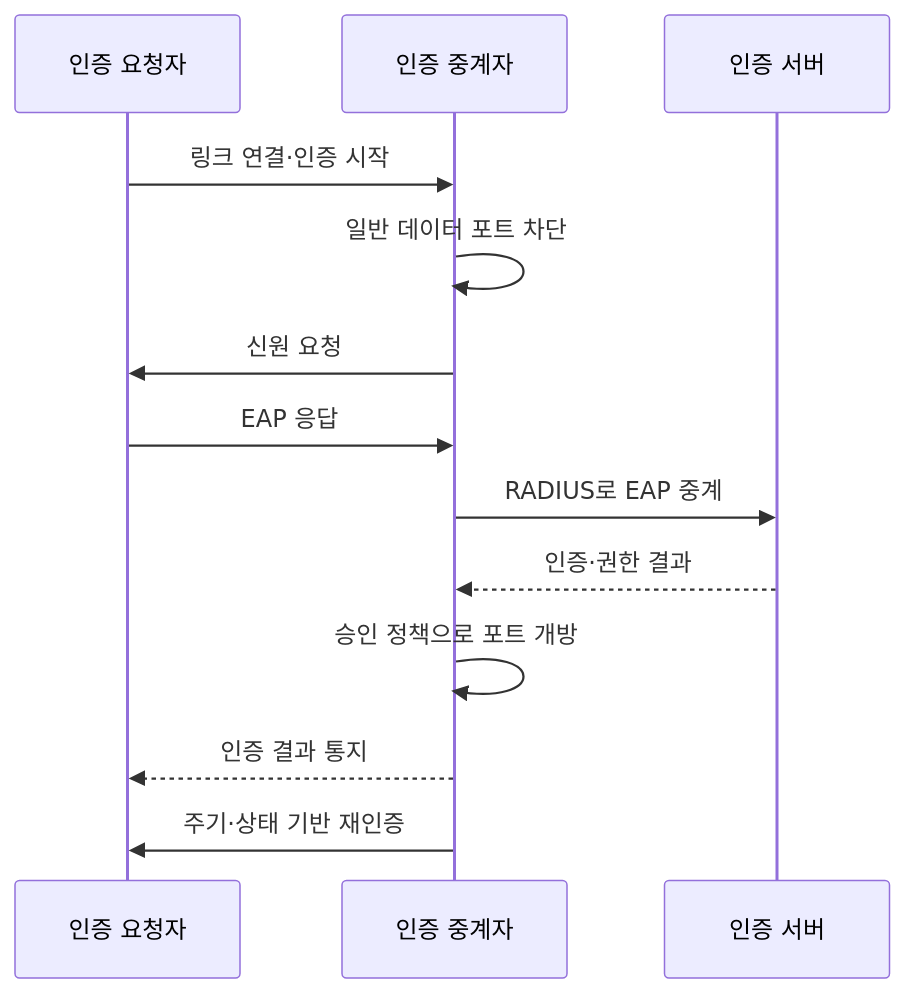
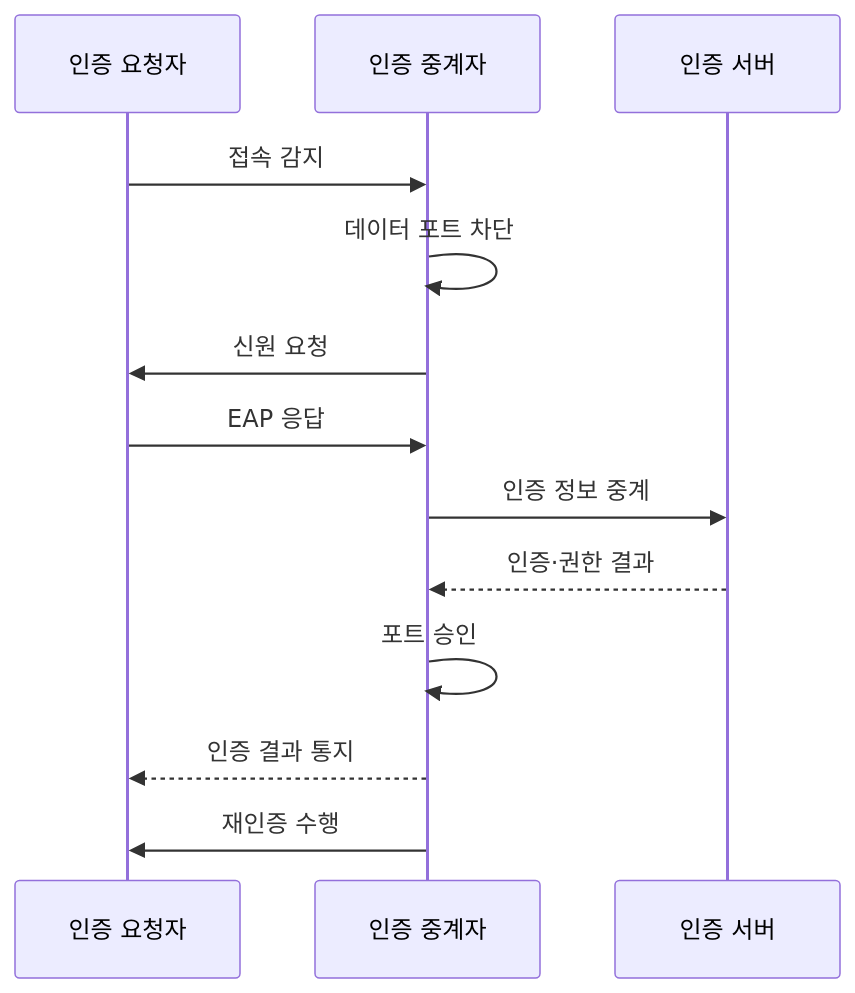
Before and after one commit to agnusdei1207/knowledge-base: the second of 2 diagrams in src/content/docs/notes/04-network/115_802_1x_eap_authentication.md, drawn with Mermaid. The commit also changed other lines of this file and 6 other files, not shown here.

````diff
--- a/src/content/docs/notes/04-network/115_802_1x_eap_authentication.md
+++ b/src/content/docs/notes/04-network/115_802_1x_eap_authentication.md
@@ -76,15 +76,15 @@
 ```mermaid
 sequenceDiagram
   participant S as 인증 요청자
   participant A as 인증 중계자
   participant V as 인증 서버
-  S->>A: 링크 연결·인증 시작
-  A->>A: 일반 데이터 포트 차단
+  S->>A: 접속 감지
+  A->>A: 데이터 포트 차단
   A->>S: 신원 요청
   S->>A: EAP 응답
-  A->>V: RADIUS로 EAP 중계
+  A->>V: 인증 정보 중계
   V-->>A: 인증·권한 결과
-  A->>A: 승인 정책으로 포트 개방
+  A->>A: 포트 승인
   A-->>S: 인증 결과 통지
-  A->>S: 주기·상태 기반 재인증
+  A->>S: 재인증 수행
 ```
````
